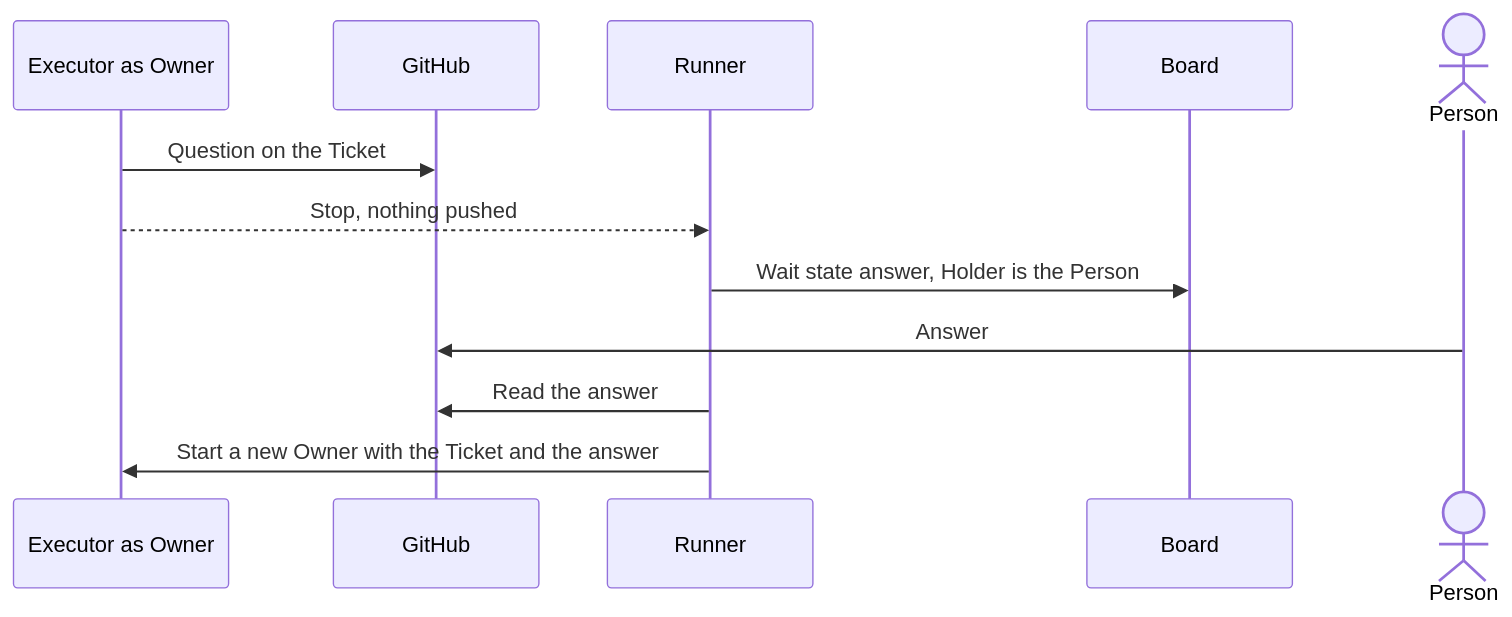
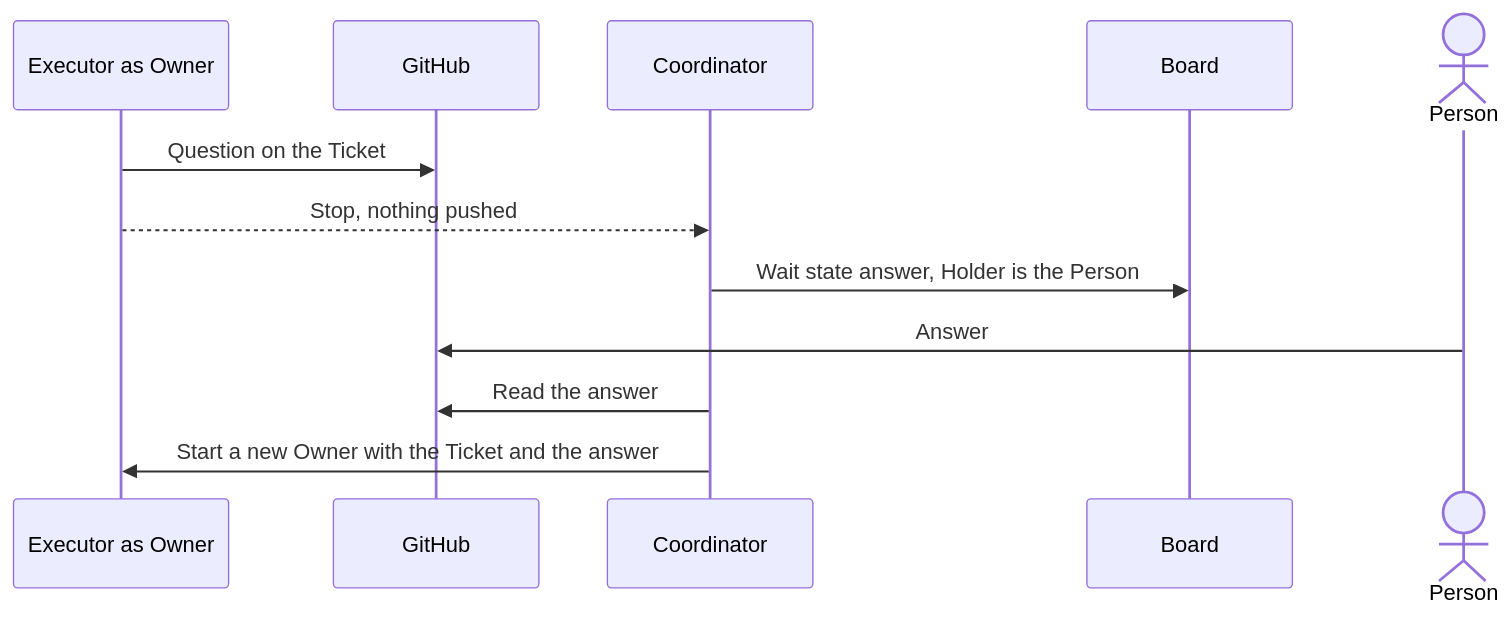
One commit to maro114510/skills changed the fifth of 5 diagrams in docs/design/development-pipeline.md. Above: the diagram before and after it, drawn with Mermaid. The commit also changed other lines of this file and 2 other files, not shown here.

First line of the commit message:
docs(orchestrate-epic): remove the Runner and stale statements

````diff
--- a/docs/design/development-pipeline.md
+++ b/docs/design/development-pipeline.md
@@ -156,14 +152,14 @@
 ```mermaid
 sequenceDiagram
     participant O as Executor as Owner
     participant G as GitHub
-    participant R as Runner
+    participant R as Coordinator
     participant B as Board
     actor P as Person
     O->>G: Question on the Ticket
     O-->>R: Stop, nothing pushed
     R->>B: Wait state answer, Holder is the Person
     P->>G: Answer
     R->>G: Read the answer
     R->>O: Start a new Owner with the Ticket and the answer
 ```
````
